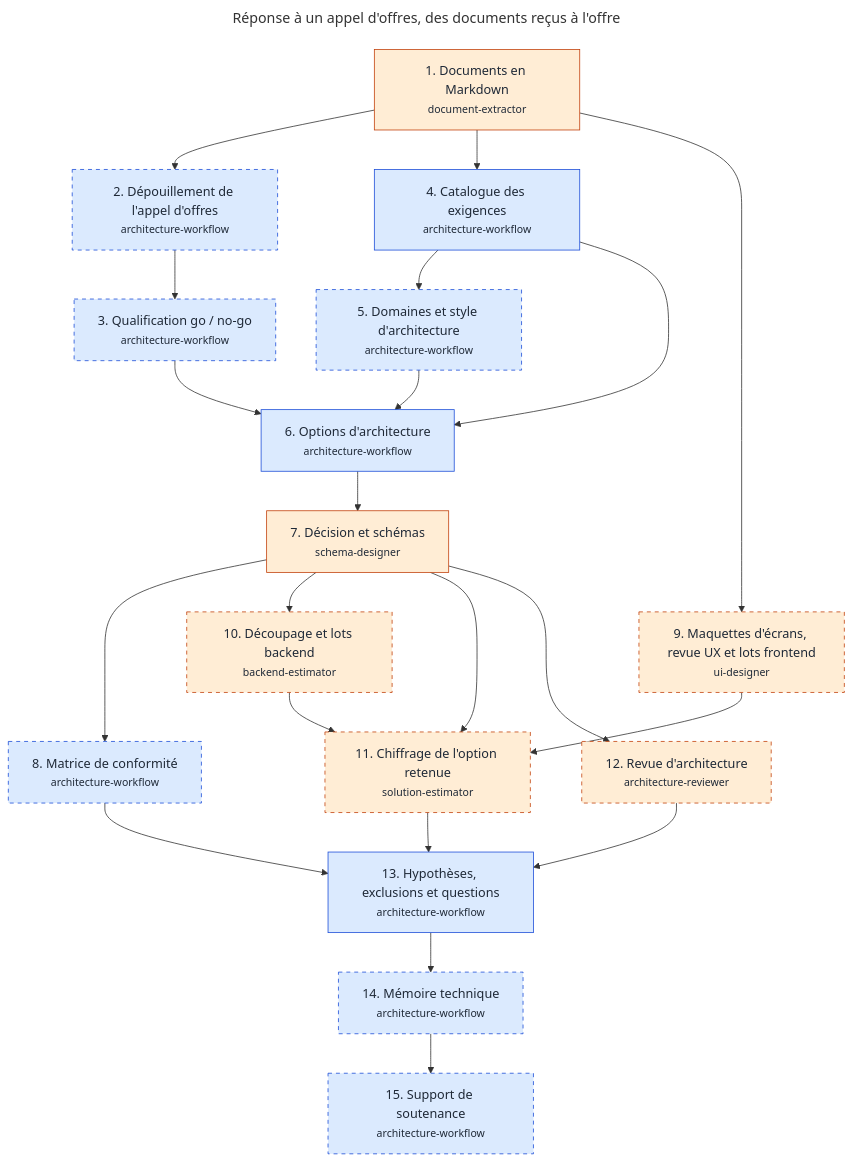
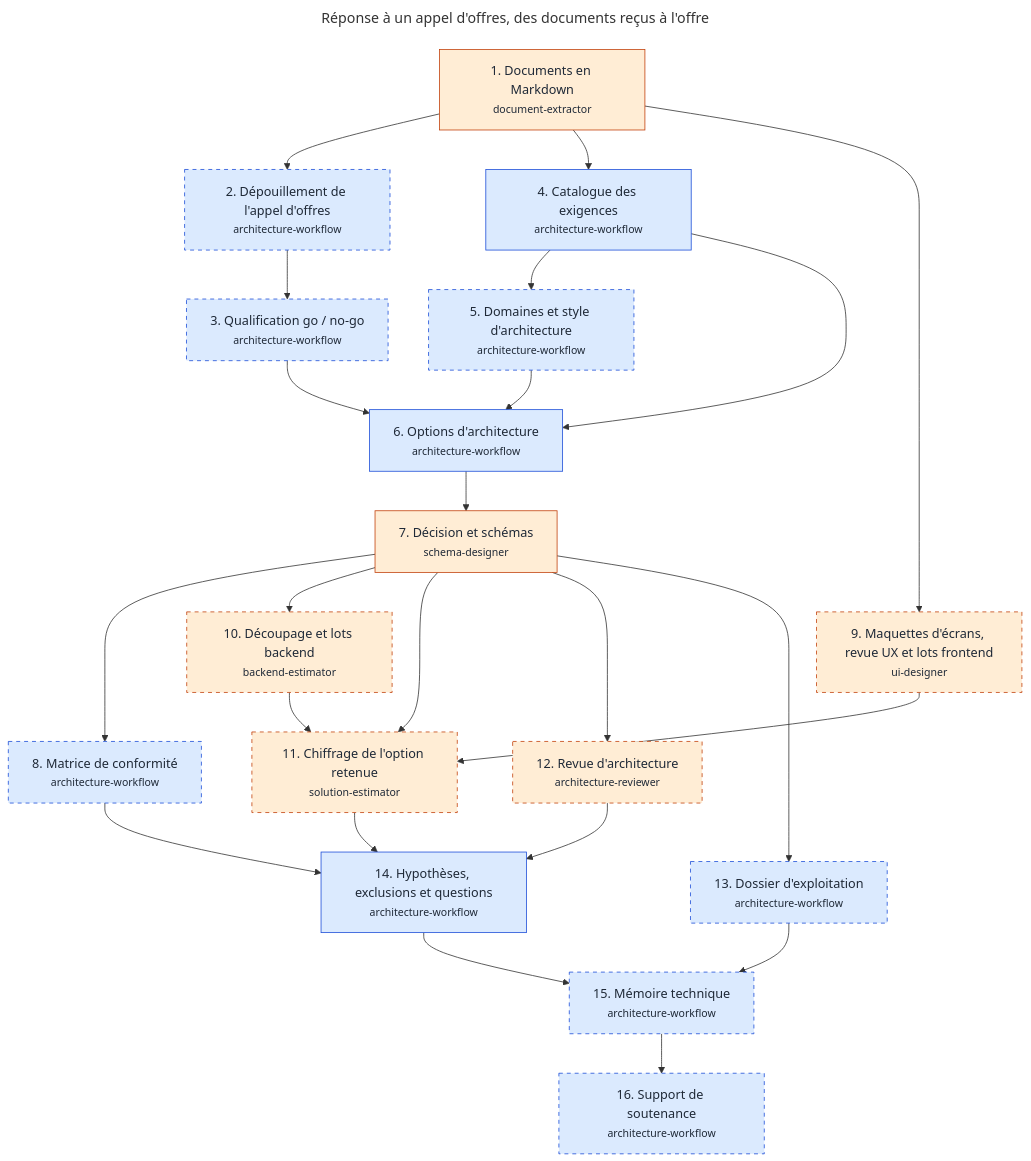
The diagram in docs/workflows/avant-vente.md (RenaudVanhille/myskills), drawn with Mermaid before and after one commit. The commit also changed other lines of this file and 19 other files, not shown here.

First line of the commit message:
feat(decision-log): dossier d'exploitation et processus métier branchés dans quatre workflows (#99)

````diff
--- a/docs/workflows/avant-vente.md
+++ b/docs/workflows/avant-vente.md
@@ -18,47 +18,50 @@
 ```mermaid
 ---
 title: "Réponse à un appel d'offres, des documents reçus à l'offre"
 ---
 flowchart TD
   s_documents["1. Documents en Markdown<br/><small>document-extractor</small>"]
   s_depouillement["2. Dépouillement de l'appel d'offres<br/><small>architecture-workflow</small>"]
   s_qualification["3. Qualification go / no-go<br/><small>architecture-workflow</small>"]
   s_exigences["4. Catalogue des exigences<br/><small>architecture-workflow</small>"]
   s_domaines["5. Domaines et style d'architecture<br/><small>architecture-workflow</small>"]
   s_architectures["6. Options d'architecture<br/><small>architecture-workflow</small>"]
   s_schemas["7. Décision et schémas<br/><small>schema-designer</small>"]
   s_conformite["8. Matrice de conformité<br/><small>architecture-workflow</small>"]
   s_maquettes["9. Maquettes d'écrans, revue UX et lots frontend<br/><small>ui-designer</small>"]
   s_backend["10. Découpage et lots backend<br/><small>backend-estimator</small>"]
   s_chiffrage["11. Chiffrage de l'option retenue<br/><small>solution-estimator</small>"]
   s_revue["12. Revue d'architecture<br/><small>architecture-reviewer</small>"]
-  s_registre["13. Hypothèses, exclusions et questions<br/><small>architecture-workflow</small>"]
-  s_memoire["14. Mémoire technique<br/><small>architecture-workflow</small>"]
-  s_soutenance["15. Support de soutenance<br/><small>architecture-workflow</small>"]
+  s_exploitation["13. Dossier d'exploitation<br/><small>architecture-workflow</small>"]
+  s_registre["14. Hypothèses, exclusions et questions<br/><small>architecture-workflow</small>"]
+  s_memoire["15. Mémoire technique<br/><small>architecture-workflow</small>"]
+  s_soutenance["16. Support de soutenance<br/><small>architecture-workflow</small>"]
   s_documents --> s_depouillement
   s_depouillement --> s_qualification
   s_documents --> s_exigences
   s_exigences --> s_domaines
   s_exigences --> s_architectures
   s_qualification --> s_architectures
   s_domaines --> s_architectures
   s_architectures --> s_schemas
   s_schemas --> s_conformite
   s_documents --> s_maquettes
   s_schemas --> s_backend
   s_schemas --> s_chiffrage
   s_maquettes --> s_chiffrage
   s_backend --> s_chiffrage
   s_schemas --> s_revue
+  s_schemas --> s_exploitation
   s_conformite --> s_registre
   s_chiffrage --> s_registre
   s_revue --> s_registre
   s_registre --> s_memoire
+  s_exploitation --> s_memoire
   s_memoire --> s_soutenance
   classDef moteur fill:#dbeafe,stroke:#1d4ed8,color:#1f2937
   classDef agent fill:#ffedd5,stroke:#c2410c,color:#1f2937
   classDef facultative stroke-dasharray:5 5
-  class s_depouillement,s_qualification,s_exigences,s_domaines,s_architectures,s_conformite,s_registre,s_memoire,s_soutenance moteur
+  class s_depouillement,s_qualification,s_exigences,s_domaines,s_architectures,s_conformite,s_exploitation,s_registre,s_memoire,s_soutenance moteur
   class s_documents,s_schemas,s_maquettes,s_backend,s_chiffrage,s_revue agent
-  class s_depouillement,s_qualification,s_domaines,s_conformite,s_maquettes,s_backend,s_chiffrage,s_revue,s_memoire,s_soutenance facultative
+  class s_depouillement,s_qualification,s_domaines,s_conformite,s_maquettes,s_backend,s_chiffrage,s_revue,s_exploitation,s_memoire,s_soutenance facultative
 ```
````
